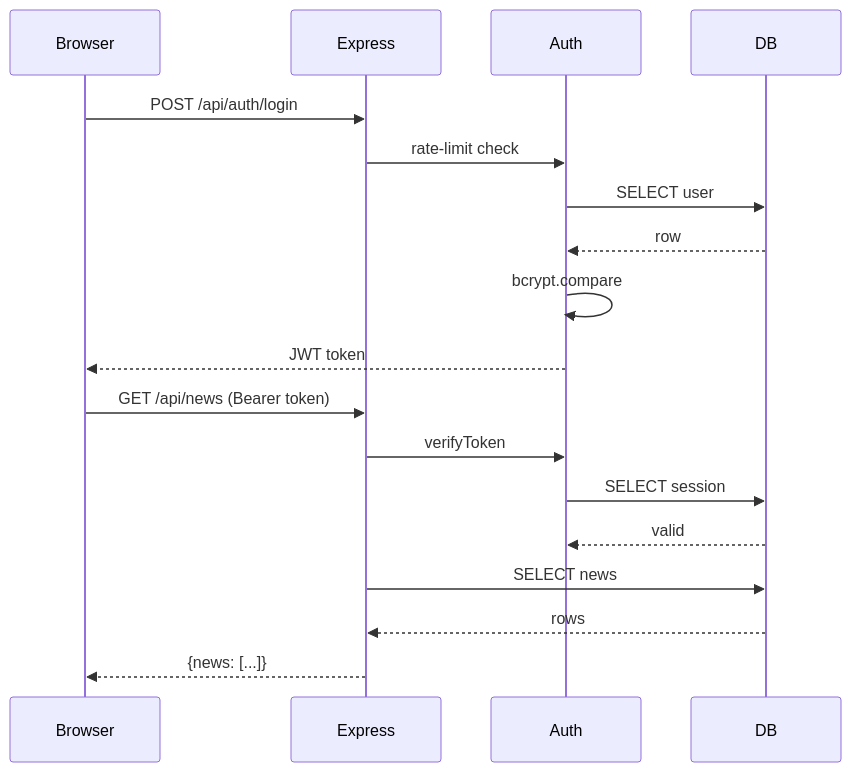
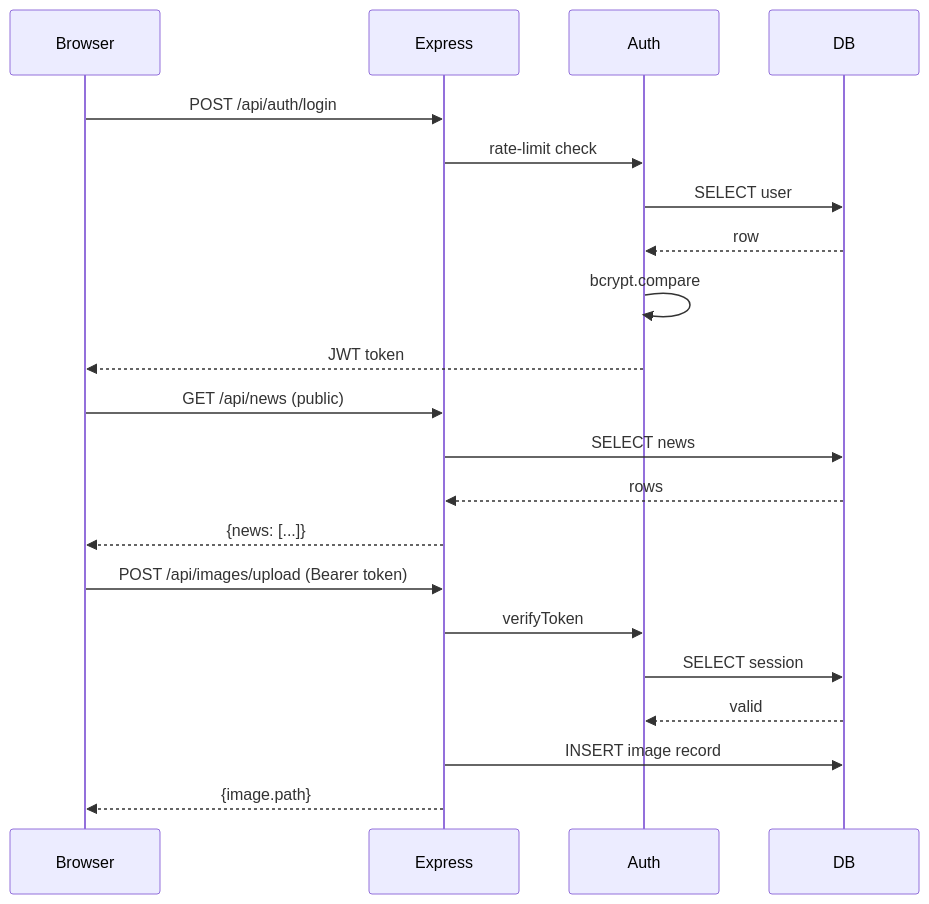
Before and after one commit to aairom/ajj-clone: the second of 2 diagrams in README.md, drawn with Mermaid. The commit also changed other lines of this file and 5 other files, not shown here.

````diff
--- a/README.md
+++ b/README.md
@@ -52,22 +54,26 @@
 ```mermaid
 sequenceDiagram
     participant Browser
     participant Express
     participant Auth
     participant DB
 
     Browser->>Express: POST /api/auth/login
     Express->>Auth: rate-limit check
     Auth->>DB: SELECT user
     DB-->>Auth: row
     Auth->>Auth: bcrypt.compare
     Auth-->>Browser: JWT token
 
-    Browser->>Express: GET /api/news (Bearer token)
+    Browser->>Express: GET /api/news (public)
+    Express->>DB: SELECT news
+    DB-->>Express: rows
+    Express-->>Browser: {news: [...]}
+
+    Browser->>Express: POST /api/images/upload (Bearer token)
     Express->>Auth: verifyToken
     Auth->>DB: SELECT session
     DB-->>Auth: valid
-    Express->>DB: SELECT news
-    DB-->>Express: rows
-    Express-->>Browser: {news: [...]}
+    Express->>DB: INSERT image record
+    Express-->>Browser: {image.path}
 ```
````
